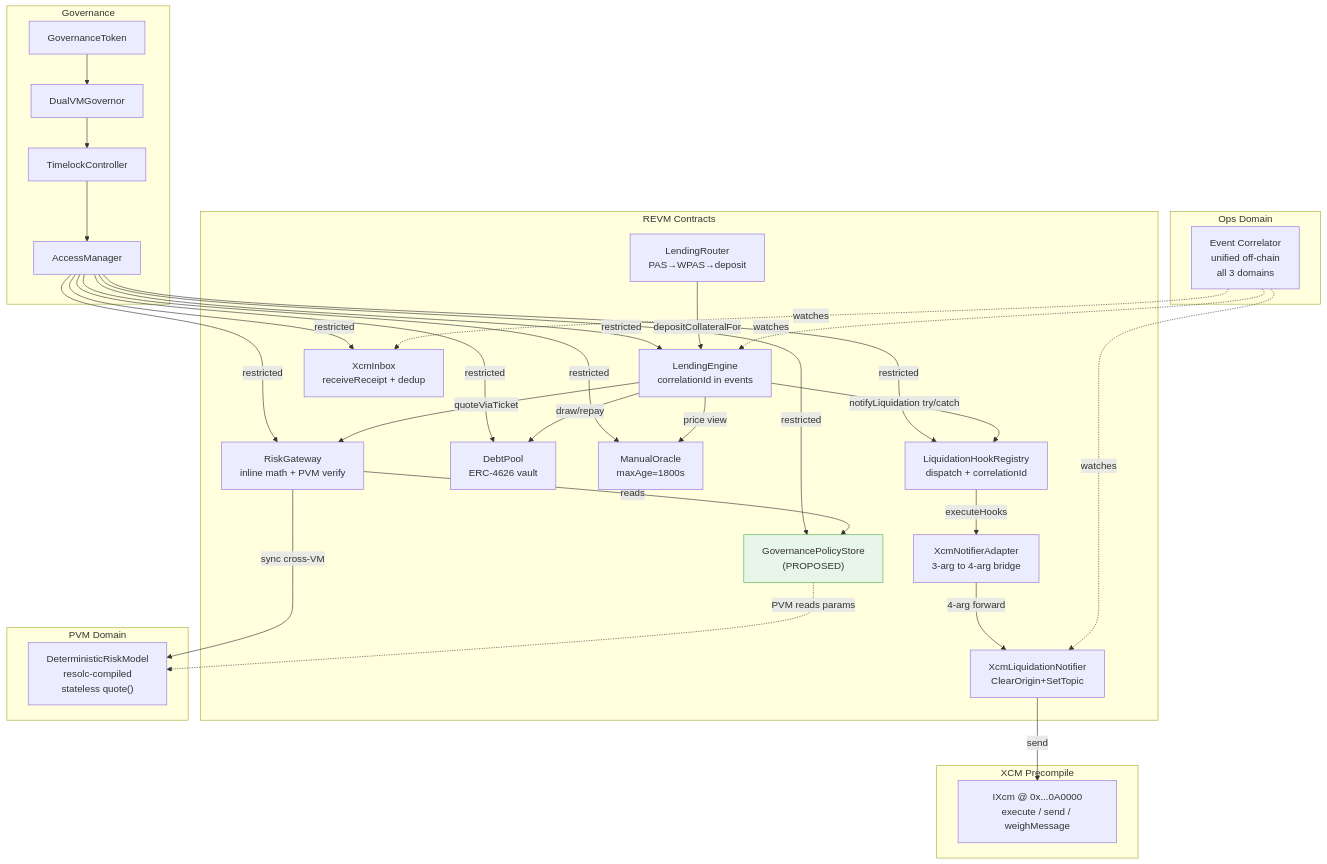
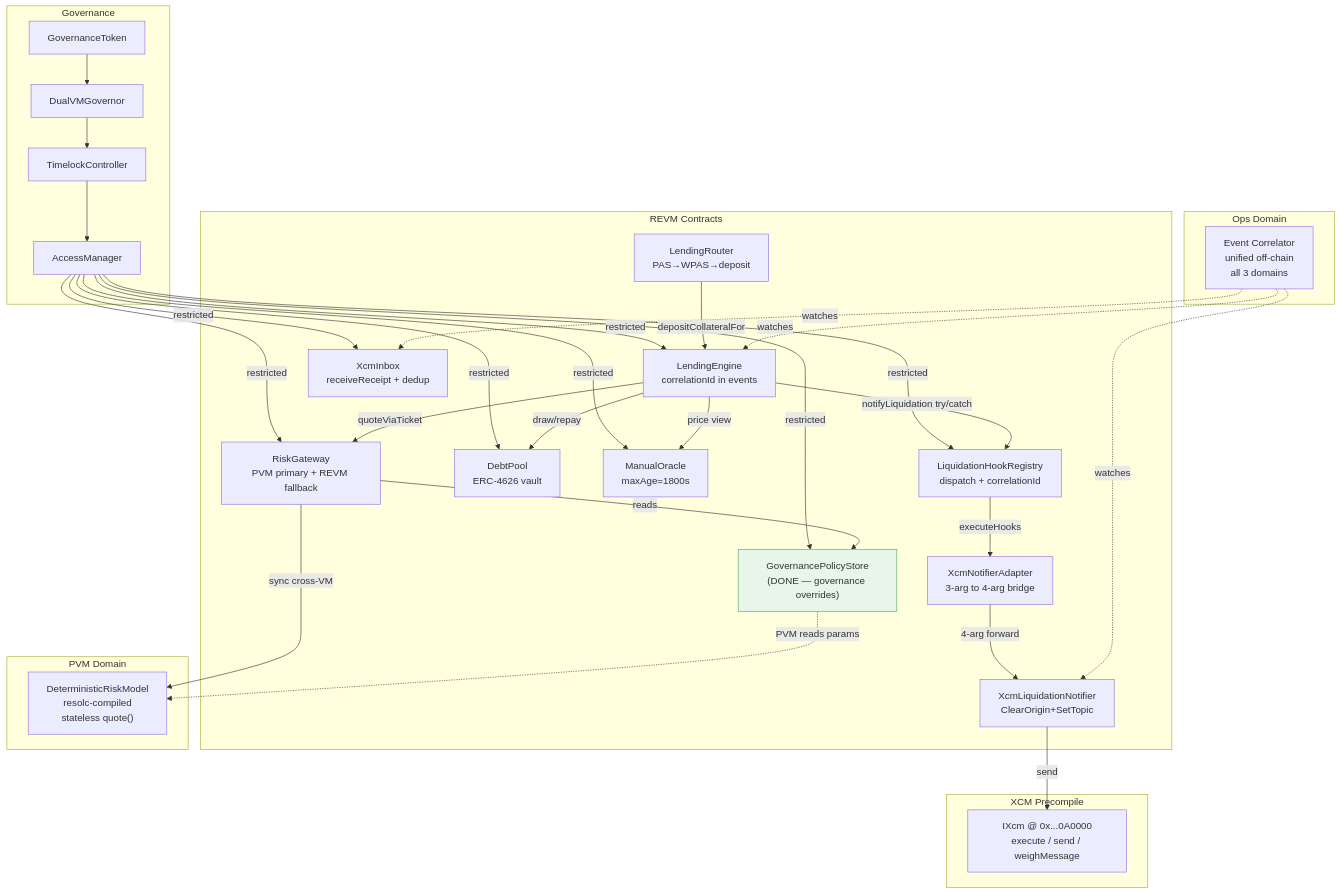
One commit to symulacr/dualvm-lending changed the diagram in BILATERAL_ASYNC_ARCHITECTURE.md. Above: the diagram before and after it, drawn with Mermaid. The commit also changed other lines of this file and 161 other files, not shown here.

First line of the commit message:
docs: update all docs for PVM-primary deployment + fresh addresses

````diff
--- a/BILATERAL_ASYNC_ARCHITECTURE.md
+++ b/BILATERAL_ASYNC_ARCHITECTURE.md
@@ -269,51 +271,51 @@
 ```mermaid
 graph TB
     subgraph GOV["Governance"]
         GT["GovernanceToken"] --> GOVR["DualVMGovernor"]
         GOVR --> TL["TimelockController"]
         TL --> AM["AccessManager"]
     end
 
     subgraph REVM["REVM Contracts"]
         LE["LendingEngine<br/>correlationId in events"]
-        RG["RiskGateway<br/>inline math + PVM verify"]
+        RG["RiskGateway<br/>PVM primary + REVM fallback"]
         DP["DebtPool<br/>ERC-4626 vault"]
         MO["ManualOracle<br/>maxAge=1800s"]
         LR["LendingRouter<br/>PAS→WPAS→deposit"]
         HR["LiquidationHookRegistry<br/>dispatch + correlationId"]
         XNA["XcmNotifierAdapter<br/>3-arg to 4-arg bridge"]
         XLN["XcmLiquidationNotifier<br/>ClearOrigin+SetTopic"]
         XI["XcmInbox<br/>receiveReceipt + dedup"]
-        GPS["GovernancePolicyStore<br/>(PROPOSED)"]
+        GPS["GovernancePolicyStore<br/>(DONE — governance overrides)"]
     end
 
     subgraph PVM["PVM Domain"]
         DRM["DeterministicRiskModel<br/>resolc-compiled<br/>stateless quote()"]
     end
 
     subgraph XCM_P["XCM Precompile"]
         XPC["IXcm @ 0x...0A0000<br/>execute / send / weighMessage"]
     end
 
     subgraph OPS["Ops Domain"]
         EC["Event Correlator<br/>unified off-chain<br/>all 3 domains"]
     end
 
     AM -->|restricted| LE & RG & DP & MO & HR & XI & GPS
     LE -->|quoteViaTicket| RG
     RG -->|sync cross-VM| DRM
     RG -->|reads| GPS
     LE -->|draw/repay| DP
     LE -->|price view| MO
     LE -->|notifyLiquidation try/catch| HR
     HR -->|executeHooks| XNA
     XNA -->|4-arg forward| XLN
     XLN -->|send| XPC
     LR -->|depositCollateralFor| LE
     GPS -.->|PVM reads params| DRM
 
     EC -.->|watches| LE & XLN & XI
 
-    classDef proposed fill:#e8f5e9,stroke:#4caf50
-    class GPS proposed
+    classDef done fill:#e8f5e9,stroke:#4caf50
+    class GPS done
 ```
````
